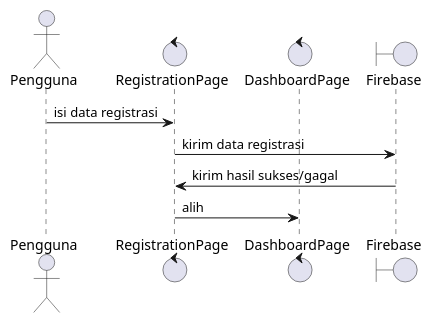
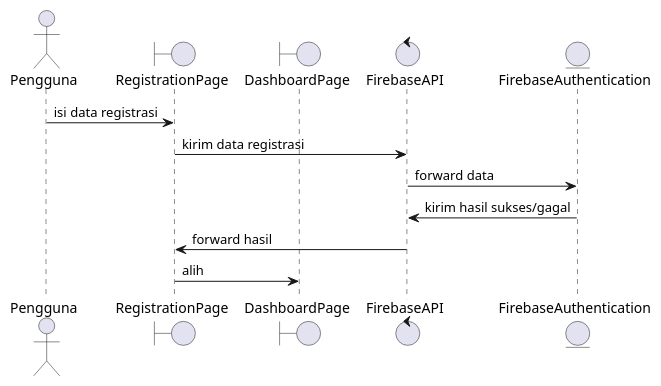
One commit to stnDinus/skpl_apbo_diagrams changed the diagram in signup_seq.puml. Above: the diagram before and after it, drawn with PlantUML. The commit also changed 9 other files, not shown here.

Commit message:
fix: sequence diagram

```diff
--- a/signup_seq.puml
+++ b/signup_seq.puml
@@ -1,11 +1,14 @@
 @startuml
 actor Pengguna
-control RegistrationPage
-control DashboardPage
-boundary Firebase
+boundary RegistrationPage
+boundary DashboardPage
+control FirebaseAPI
+entity FirebaseAuthentication
 
 Pengguna -> RegistrationPage: isi data registrasi
-RegistrationPage -> Firebase: kirim data registrasi
-Firebase -> RegistrationPage: kirim hasil sukses/gagal
+RegistrationPage -> FirebaseAPI: kirim data registrasi
+FirebaseAPI -> FirebaseAuthentication: forward data
+FirebaseAPI <- FirebaseAuthentication: kirim hasil sukses/gagal
+FirebaseAPI -> RegistrationPage: forward hasil
 RegistrationPage -> DashboardPage: alih
 @enduml
```
